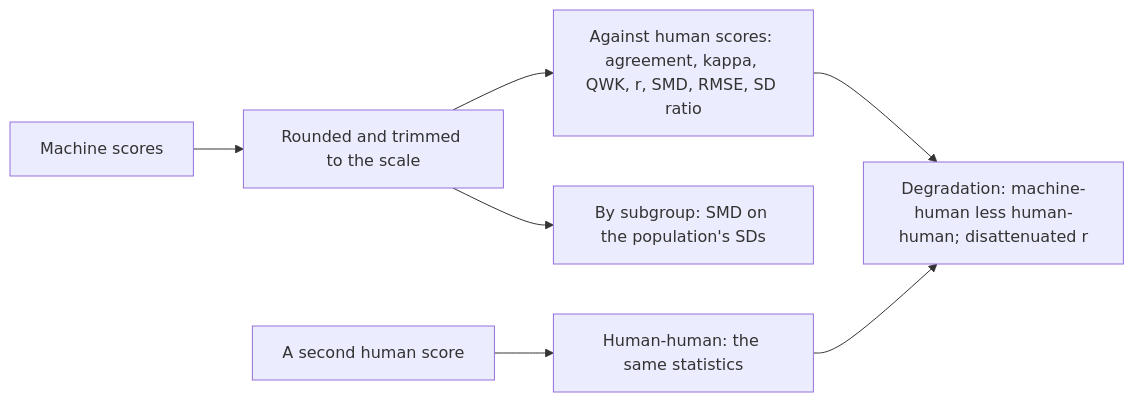
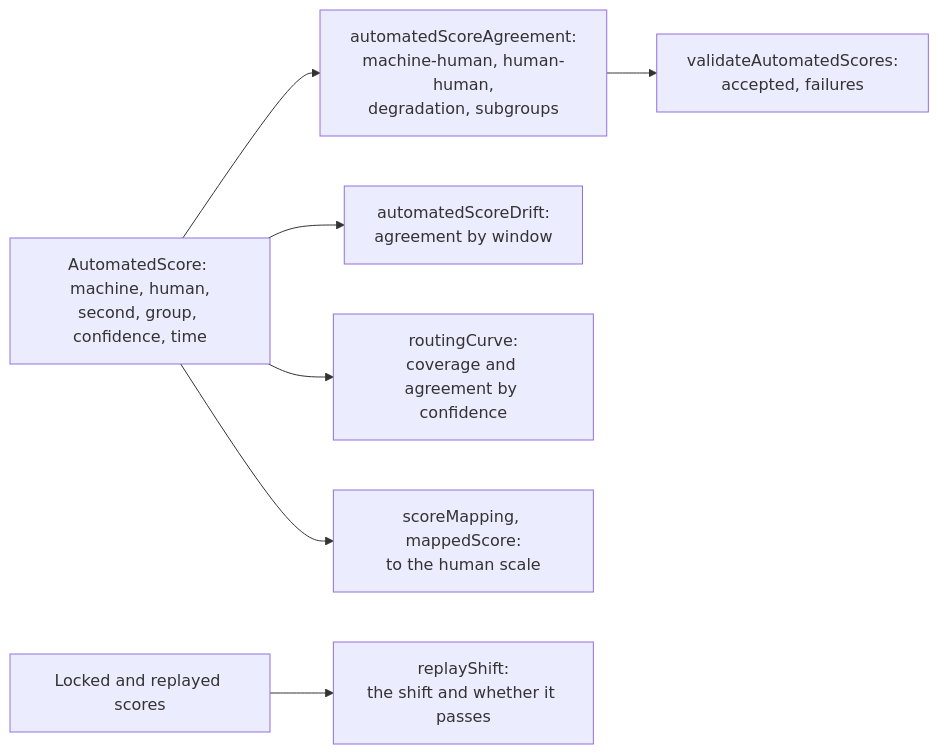
One commit to measurekit/measurekit changed the fourth of 5 diagrams in docs/psychometrics/rater.md. Above: the diagram before and after it, drawn with Mermaid. The commit also changed other lines of this file and 25 other files, not shown here.

````diff
--- a/docs/psychometrics/rater.md
+++ b/docs/psychometrics/rater.md
@@ -223,9 +227,9 @@
 ```mermaid
 flowchart LR
-  P["Machine scores"] --> R["Rounded and trimmed to the scale"]
-  R --> M["Against human scores: agreement, kappa, QWK, r, SMD, RMSE, SD ratio"]
-  R --> G["By subgroup: SMD on the population's SDs"]
-  H["A second human score"] --> HH["Human-human: the same statistics"]
-  M --> D["Degradation: machine-human less human-human; disattenuated r"]
-  HH --> D
+  S["AutomatedScore: machine, human,<br/>second, group, confidence, time"] --> A["automatedScoreAgreement:<br/>machine-human, human-human,<br/>degradation, subgroups"]
+  A --> V["validateAutomatedScores:<br/>accepted, failures"]
+  S --> D["automatedScoreDrift:<br/>agreement by window"]
+  S --> R["routingCurve:<br/>coverage and agreement by confidence"]
+  S --> M["scoreMapping, mappedScore:<br/>to the human scale"]
+  L["Locked and replayed scores"] --> P["replayShift:<br/>the shift and whether it passes"]
 ```
````
